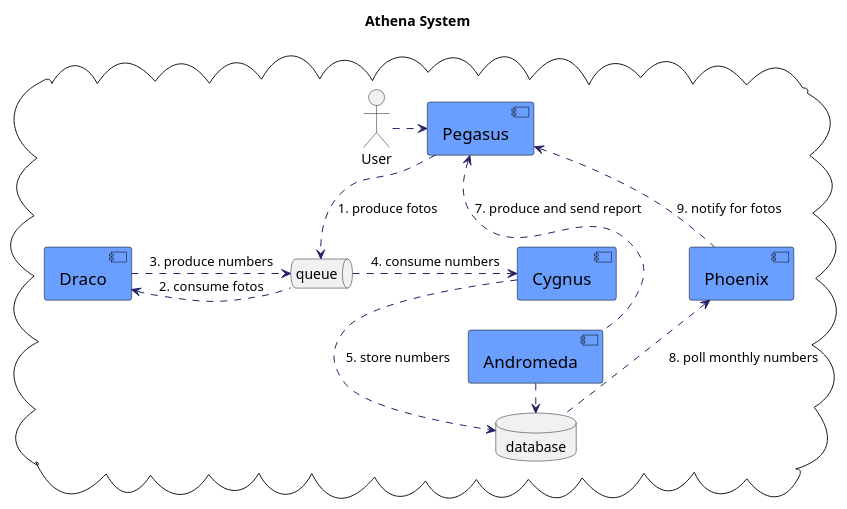
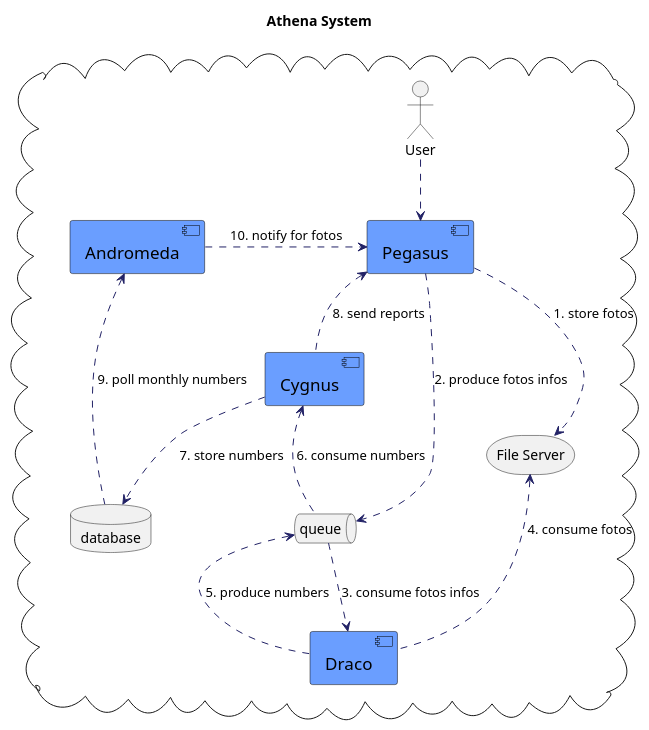
One commit to chesteric31/athema changed the diagram in schema.puml. Above: the diagram before and after it, drawn with PlantUML.

Commit message:
update athena schema

```diff
--- a/schema.puml
+++ b/schema.puml
@@ -1,45 +1,44 @@
 @startuml
 
 skinparam component {
     FontColor          black
     AttributeFontColor black
     FontSize           17
     AttributeFontSize  15
     AttributeFontname  Droid Sans Mono
     BackgroundColor    #6A9EFF
     BorderColor        black
     ArrowColor         #222266
 }
 
 title "Athena System"
 skinparam componentStyle uml2
 
 cloud {
     actor "User" as user
     component "Pegasus" as pegasus
+    storage "File Server" as storage
     queue "queue" as queue
     component "Draco" as draco
     component "Cygnus" as cygnus
     component "Andromeda" as andromeda
     database "database" as database
-    component "Phoenix" as phoenix
 
-    user .right.> pegasus 
-    pegasus .down.> queue : 1. produce fotos
-    
-    queue .left.> draco : 2. consume fotos
-    queue <.left. draco : 3. produce numbers
+    user .down.> pegasus
+    pegasus .down.> storage : 1. store fotos
+    pegasus .down.> queue : 2. produce fotos infos
 
-    queue .right.> cygnus : 4. consume numbers
-    
-    cygnus .down.> database : 5. store numbers
-  
-    andromeda .right.> database : 6. consume monthly numbers
-    andromeda .up.> pegasus : 7. produce and send report
-  
-    database .up.> phoenix : 8. poll monthly numbers
-    phoenix .up.> pegasus : 9. notify for fotos
-  
+    draco <.up. queue : 3. consume fotos infos
+    draco .up.> storage : 4. consume fotos
+    draco .up.> queue : 5. produce numbers
+
+    queue .up.> cygnus : 6. consume numbers
+    cygnus .down.> database : 7. store numbers
+    cygnus .up.> pegasus : 8. send reports
+
+    database .up.> andromeda : 9. poll monthly numbers
+    andromeda .right.> pegasus : 10. notify for fotos
+
 }
 
 @enduml
```
